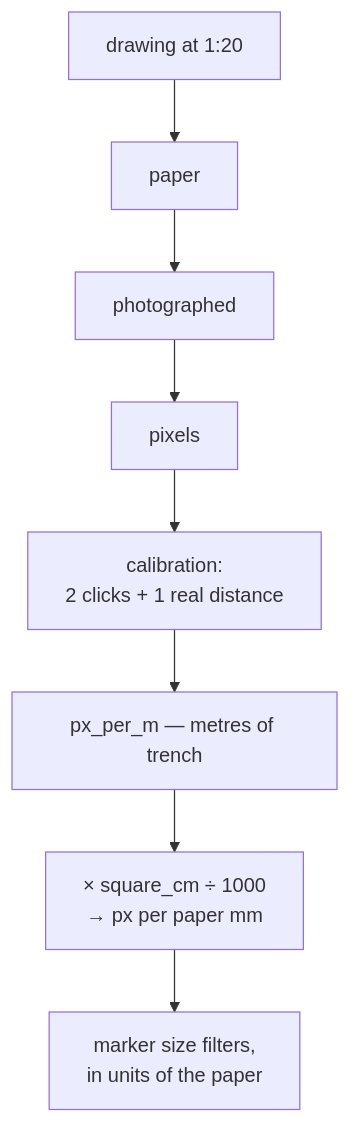
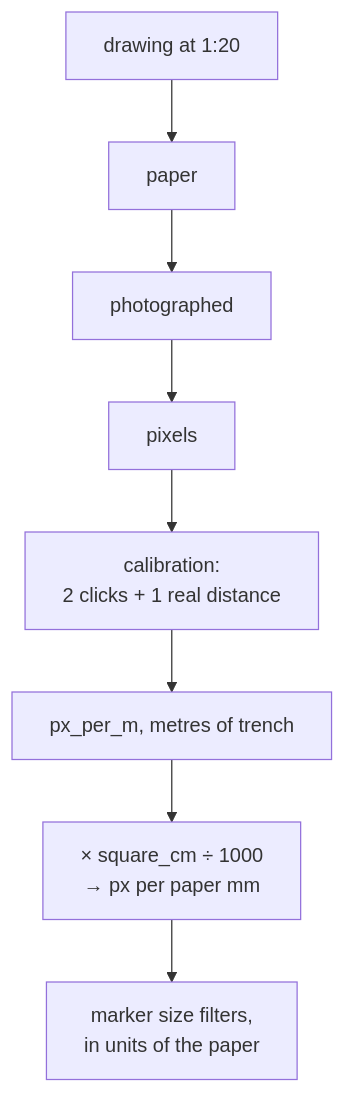
Before and after one commit to jennarbates/StratigraphyGenerator: the diagram in docs/archaeology/scale-and-dpi.md, drawn with Mermaid. The commit also changed other lines of this file and 309 other files, not shown here.

````diff
--- a/docs/archaeology/scale-and-dpi.md
+++ b/docs/archaeology/scale-and-dpi.md
@@ -42,10 +42,10 @@
 ```mermaid
 flowchart TB
   D["drawing at 1:20"] --> P["paper"]
   P --> S["photographed"]
   S --> Px["pixels"]
   Px --> C["calibration:<br/>2 clicks + 1 real distance"]
-  C --> M["px_per_m — metres of trench"]
+  C --> M["px_per_m, metres of trench"]
   M --> MM["× square_cm ÷ 1000<br/>→ px per paper mm"]
   MM --> F["marker size filters,<br/>in units of the paper"]
 ```
````
